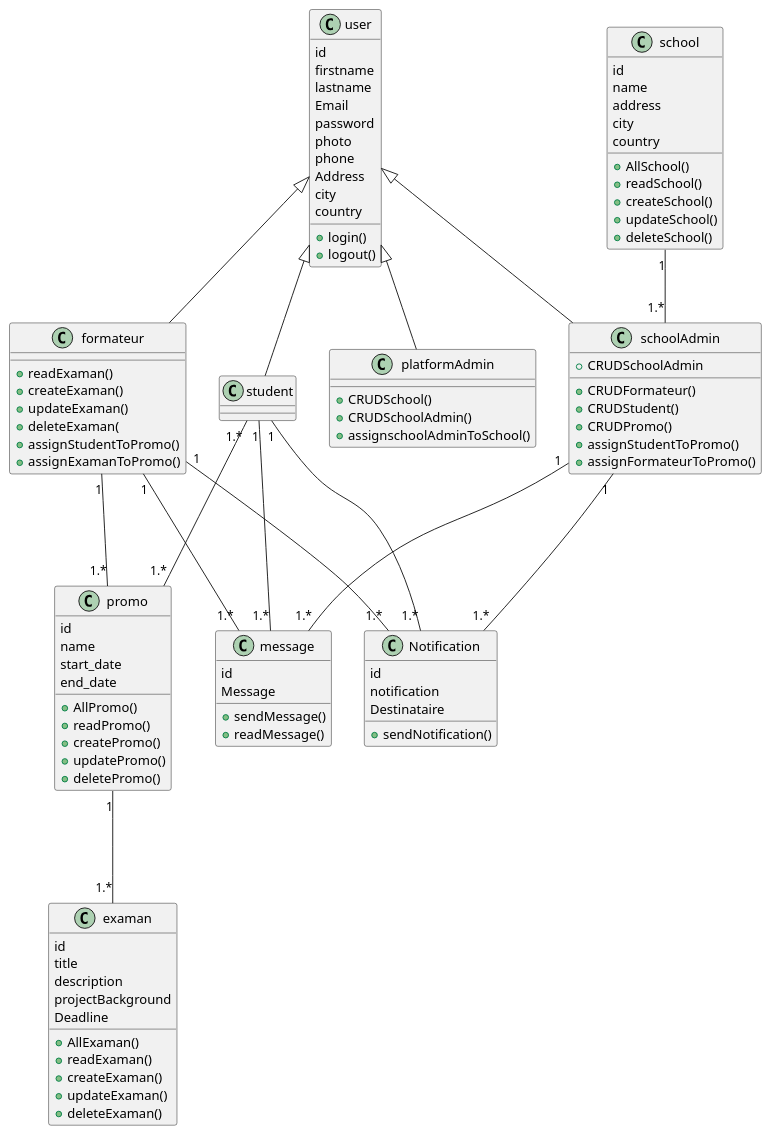
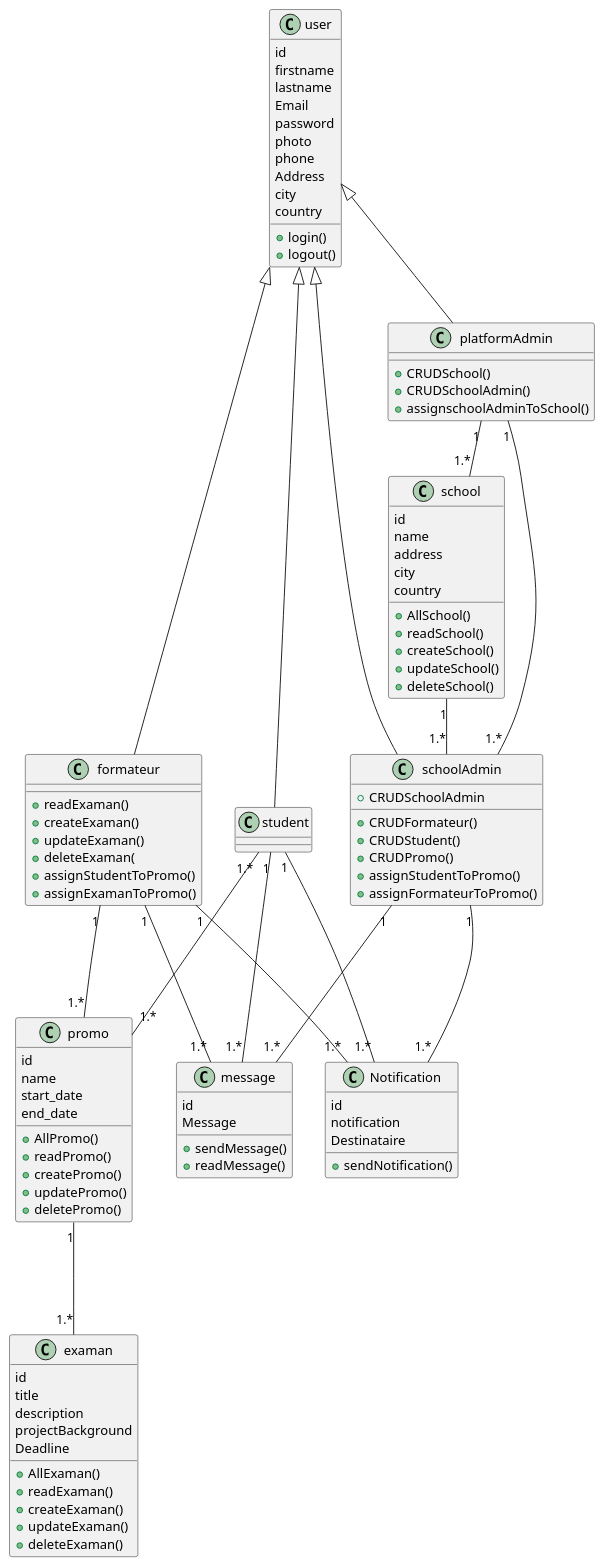
The diagram in uml/class_diagram_educode.puml (abdelghafourBelkhoukh/EduCode-Backend), drawn with PlantUML before and after one commit. The commit also changed 1 other file, not shown here.

Commit message:
update uml

```diff
--- a/uml/class_diagram_educode.puml
+++ b/uml/class_diagram_educode.puml
@@ -1,117 +1,119 @@
 @startuml
 class user {
   id
   firstname
   lastname
   Email
   password
   photo
   phone
   Address
   city
   country
   +login()
   +logout()
 }
 
 class student extends user {
 
 }
 
 class formateur extends user {
   +readExaman()
   +createExaman()
   +updateExaman()
   +deleteExaman(
   +assignStudentToPromo()
   +assignExamanToPromo()
 
 }
 
 class school {
   id
   name
   address
   city
   country
   +AllSchool()
   +readSchool()
   +createSchool()
   +updateSchool()
   +deleteSchool()
 }
 
 class platformAdmin extends user {
   +CRUDSchool()
   +CRUDSchoolAdmin()
   +assignschoolAdminToSchool()
 
 }
 
 
 class schoolAdmin extends user {
   +CRUDFormateur()
   +CRUDStudent()
   +CRUDPromo()
   +CRUDSchoolAdmin
   +assignStudentToPromo()
   +assignFormateurToPromo()
 }
 
 class promo {
   id
   name
   start_date
   end_date
   +AllPromo()
   +readPromo()
   +createPromo()
   +updatePromo()
   +deletePromo()
 }
 
 class examan {
   id
   title
   description
   projectBackground
   Deadline
     +AllExaman()
     +readExaman()
     +createExaman()
     +updateExaman()
     +deleteExaman()
 }
 
 
 
 
 class Notification {
   id
   notification
   Destinataire
   +sendNotification()
 }
 
 class message {
   id
   Message
   +sendMessage()
   +readMessage()
 }
 
 'relations
 student "1.*" --- "1.*" promo
 student "1" --- "1.*" Notification
 student "1" --- "1.*" message
 formateur "1" --- "1.*" Notification
 formateur "1" --- "1.*" message
 schoolAdmin "1" --- "1.*" Notification
 schoolAdmin "1" --- "1.*" message
 formateur "1" --- "1.*" promo
 promo "1" --- "1.*" examan
 school "1" -- "1.*" schoolAdmin
+platformAdmin "1" -- "1.*" school
+platformAdmin "1" -- "1.*" schoolAdmin
 
 
 
 @enduml
```
